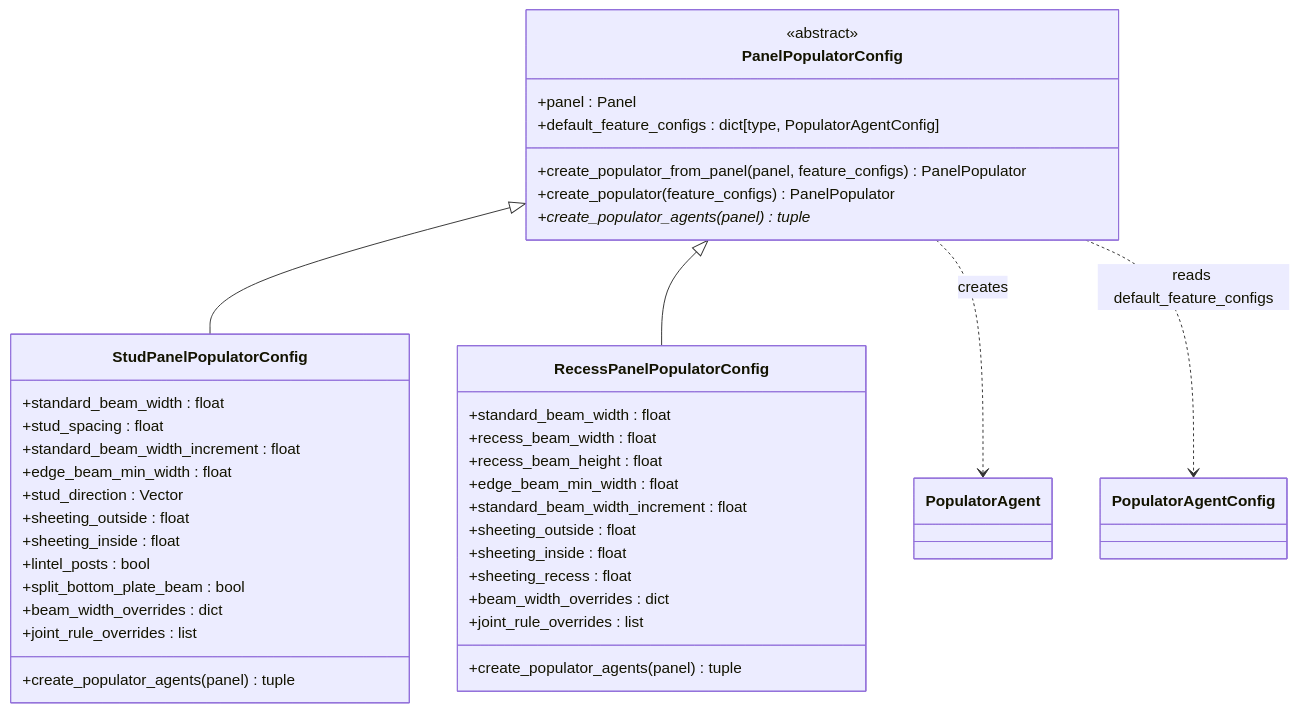
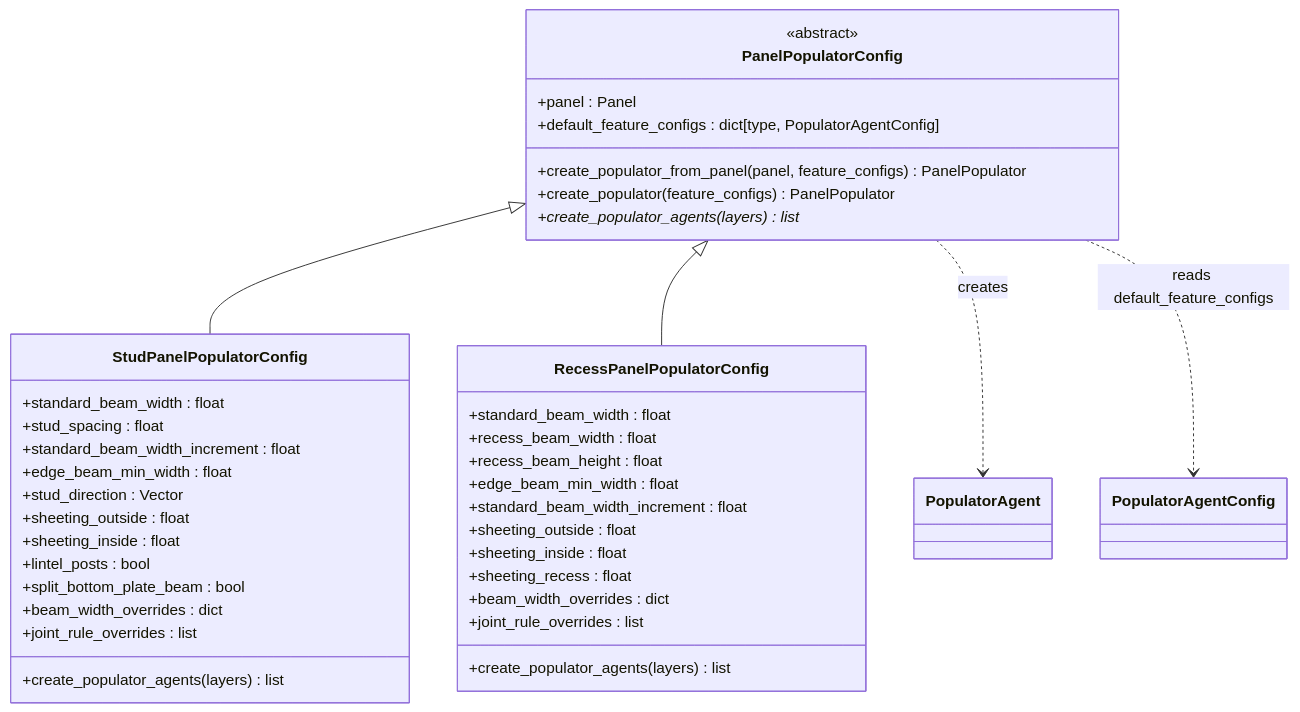
The second of 6 diagrams in docs/contribution/class_diagrams.md (gramaziokohler/timber_design), drawn with Mermaid before and after one commit. The commit also changed other lines of this file and 12 other files, not shown here.

````diff
--- a/docs/contribution/class_diagrams.md
+++ b/docs/contribution/class_diagrams.md
@@ -67,49 +67,49 @@
 ```mermaid
 classDiagram
 
     class PanelPopulatorConfig {
         <<abstract>>
         +panel : Panel
         +default_feature_configs : dict[type, PopulatorAgentConfig]
         +create_populator_from_panel(panel, feature_configs) PanelPopulator
         +create_populator(feature_configs) PanelPopulator
-        +create_populator_agents(panel)* tuple
+        +create_populator_agents(layers)* list
     }
 
     class StudPanelPopulatorConfig {
         +standard_beam_width : float
         +stud_spacing : float
         +standard_beam_width_increment : float
         +edge_beam_min_width : float
         +stud_direction : Vector
         +sheeting_outside : float
         +sheeting_inside : float
         +lintel_posts : bool
         +split_bottom_plate_beam : bool
         +beam_width_overrides : dict
         +joint_rule_overrides : list
-        +create_populator_agents(panel) tuple
+        +create_populator_agents(layers) list
     }
 
     class RecessPanelPopulatorConfig {
         +standard_beam_width : float
         +recess_beam_width : float
         +recess_beam_height : float
         +edge_beam_min_width : float
         +standard_beam_width_increment : float
         +sheeting_outside : float
         +sheeting_inside : float
         +sheeting_recess : float
         +beam_width_overrides : dict
         +joint_rule_overrides : list
-        +create_populator_agents(panel) tuple
+        +create_populator_agents(layers) list
     }
 
     %% Inheritance
     PanelPopulatorConfig <|-- StudPanelPopulatorConfig
     PanelPopulatorConfig <|-- RecessPanelPopulatorConfig
 
     %% Associations
     PanelPopulatorConfig ..> PopulatorAgent : creates
     PanelPopulatorConfig ..> PopulatorAgentConfig : reads default_feature_configs
 ```
````
